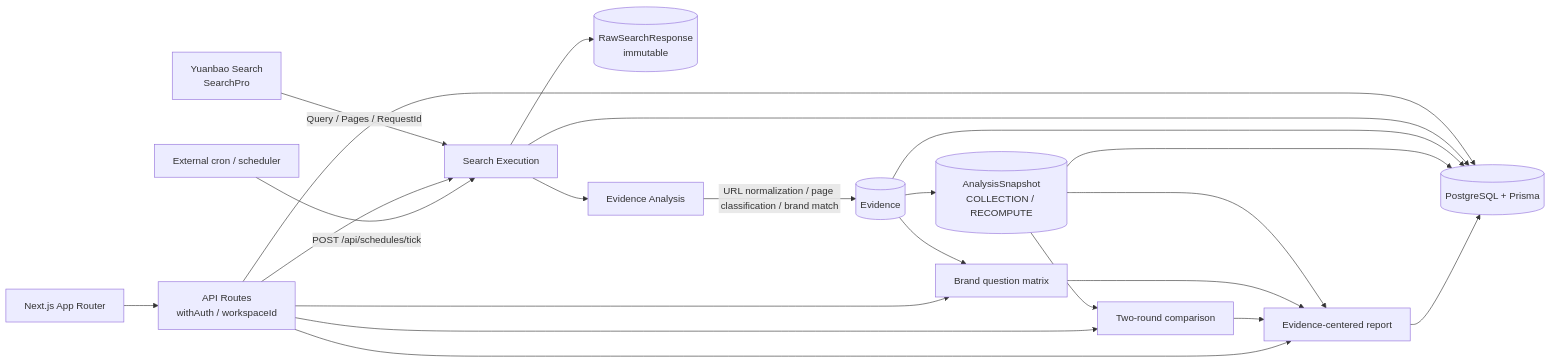
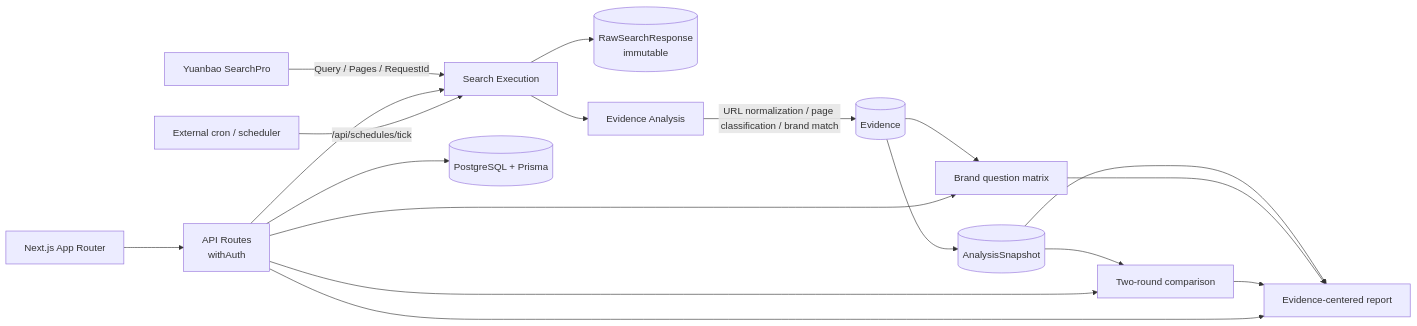
Before and after one commit to Leterhong/GEO-Radar: the diagram in README.en.md, drawn with Mermaid. The commit also changed other lines of this file and 2 other files, not shown here.

````diff
--- a/README.en.md
+++ b/README.en.md
@@ -142,24 +132,20 @@
 ```mermaid
 flowchart LR
-    YB[Yuanbao Search<br/>SearchPro] -->|Query / Pages / RequestId| SE[Search Execution]
+    YB[Yuanbao SearchPro] -->|Query / Pages / RequestId| SE[Search Execution]
     SE --> RAW[(RawSearchResponse<br/>immutable)]
     SE --> EA[Evidence Analysis]
     EA -->|URL normalization / page classification / brand match| EV[(Evidence)]
     EV --> MX[Brand question matrix]
-    EV --> SN[(AnalysisSnapshot<br/>COLLECTION / RECOMPUTE)]
+    EV --> SN[(AnalysisSnapshot)]
     SN --> CP[Two-round comparison]
     SN --> RP[Evidence-centered report]
     MX --> RP
     CP --> RP
-    UI[Next.js App Router] --> API[API Routes<br/>withAuth / workspaceId]
+    UI[Next.js App Router] --> API[API Routes<br/>withAuth]
     API --> SE
     API --> MX
     API --> CP
     API --> RP
-    SCH[External cron / scheduler] -->|POST /api/schedules/tick| SE
+    SCH[External cron / scheduler] -->|/api/schedules/tick| SE
     API --> DB[(PostgreSQL + Prisma)]
-    SE --> DB
-    EV --> DB
-    SN --> DB
-    RP --> DB
 ```
````
